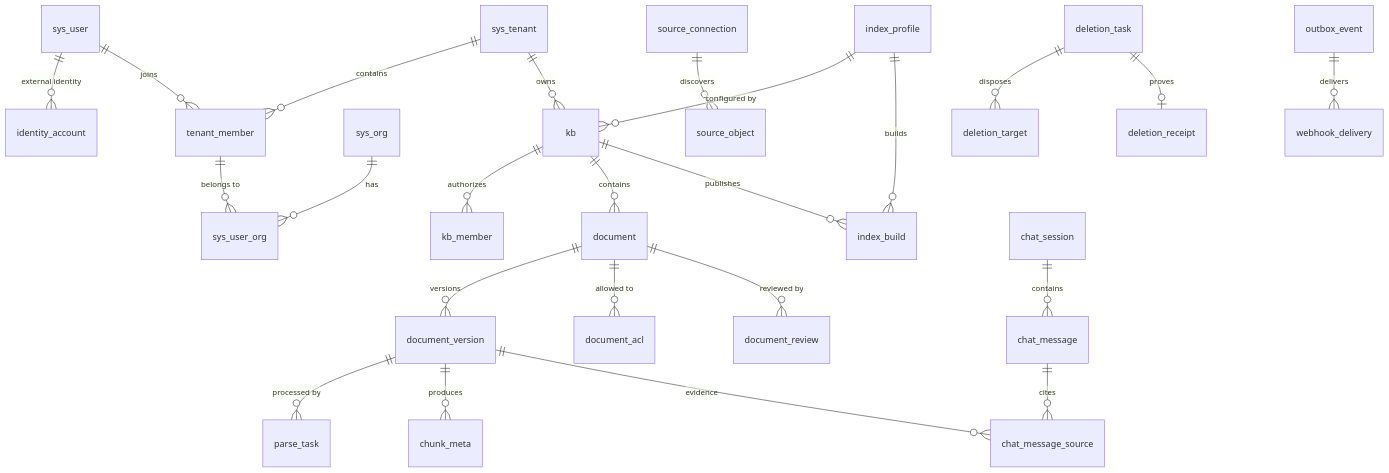
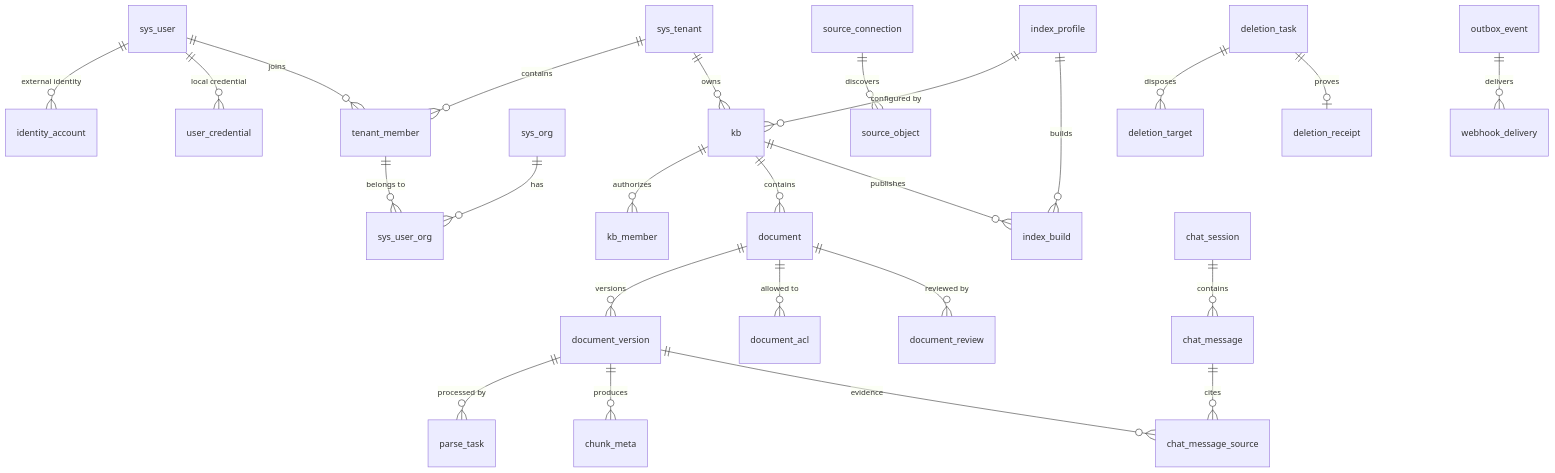
Before and after one commit to zhanghuaiwei/rag-knowledge-platform: the diagram in docs/04-数据库设计.md, drawn with Mermaid. The commit also changed other lines of this file and 68 other files, not shown here.

````diff
--- a/docs/04-数据库设计.md
+++ b/docs/04-数据库设计.md
@@ -34,28 +34,29 @@
 ```mermaid
 erDiagram
     sys_user ||--o{ identity_account : "external identity"
+    sys_user ||--o{ user_credential : "local credential"
     sys_user ||--o{ tenant_member : "joins"
     sys_tenant ||--o{ tenant_member : "contains"
     tenant_member ||--o{ sys_user_org : "belongs to"
     sys_org ||--o{ sys_user_org : "has"
 
     sys_tenant ||--o{ kb : "owns"
     index_profile ||--o{ kb : "configured by"
     kb ||--o{ kb_member : "authorizes"
     kb ||--o{ document : "contains"
     source_connection ||--o{ source_object : "discovers"
     document ||--o{ document_version : "versions"
     document_version ||--o{ parse_task : "processed by"
     document ||--o{ document_acl : "allowed to"
     document ||--o{ document_review : "reviewed by"
     document_version ||--o{ chunk_meta : "produces"
     index_profile ||--o{ index_build : "builds"
     kb ||--o{ index_build : "publishes"
 
     chat_session ||--o{ chat_message : "contains"
     chat_message ||--o{ chat_message_source : "cites"
     document_version ||--o{ chat_message_source : "evidence"
     deletion_task ||--o{ deletion_target : "disposes"
     deletion_task ||--o| deletion_receipt : "proves"
     outbox_event ||--o{ webhook_delivery : "delivers"
 ```
````
